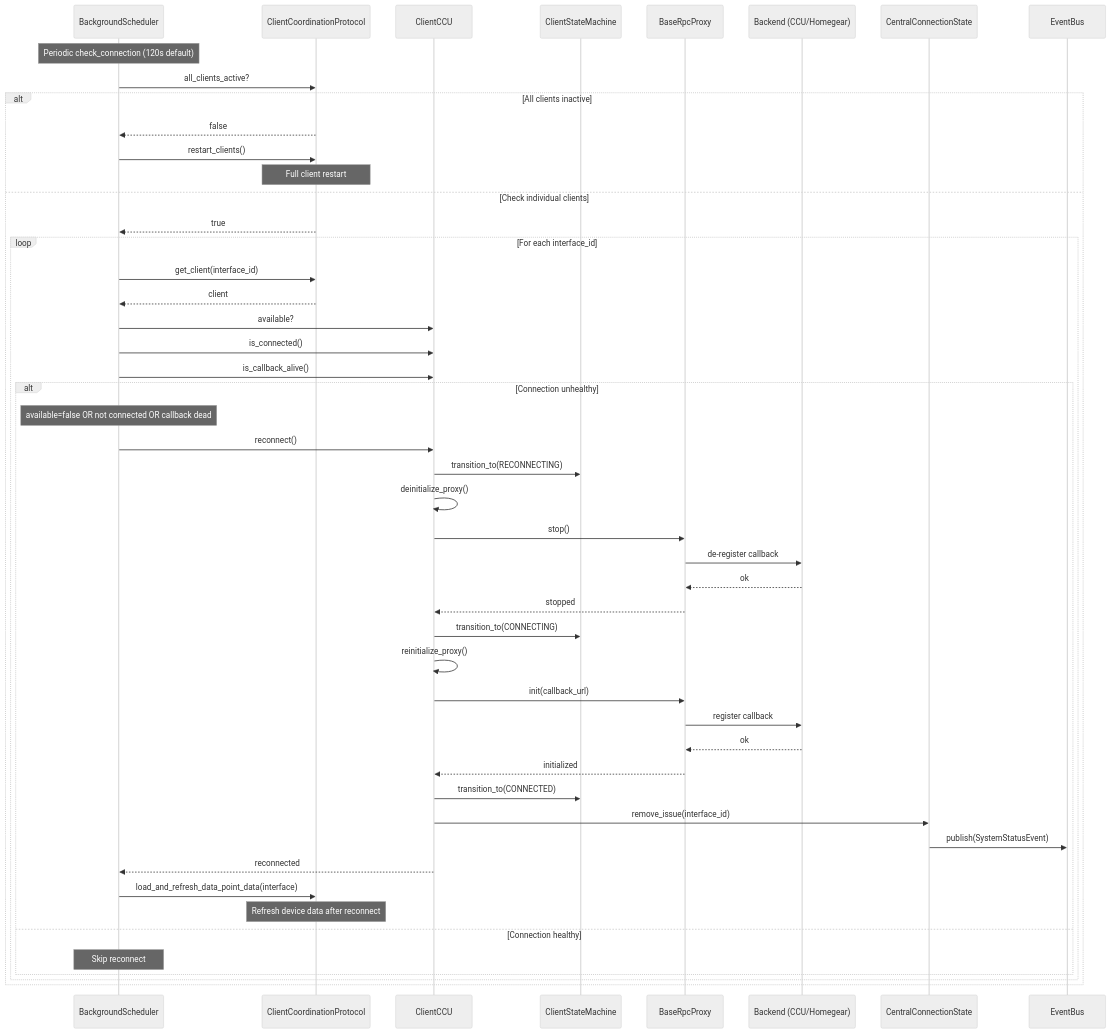
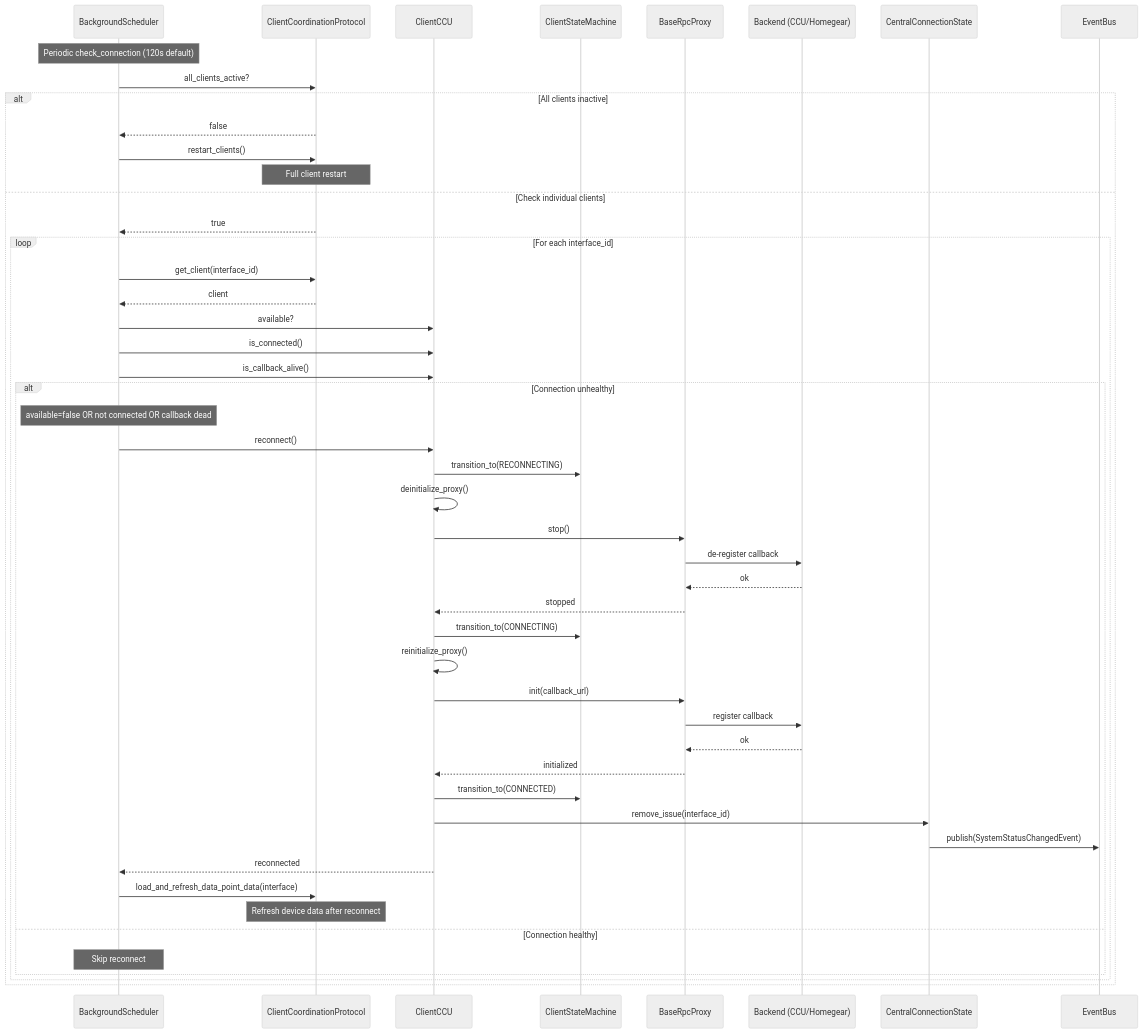
The eighth of 16 diagrams in docs/sequence_diagrams.md (SukramJ/aiohomematic), drawn with Mermaid (neutral theme) before and after one commit. The commit also changed other lines of this file and 42 other files, not shown here.

````diff
--- a/docs/sequence_diagrams.md
+++ b/docs/sequence_diagrams.md
@@ -549,63 +549,63 @@
 ```mermaid
 sequenceDiagram
   participant Sched as BackgroundScheduler
   participant CC as ClientCoordinationProtocol
   participant CX as ClientCCU
   participant SM as ClientStateMachine
   participant Proxy as BaseRpcProxy
   participant CCU as Backend (CCU/Homegear)
   participant CS as CentralConnectionState
   participant EB as EventBus
 
   Note over Sched: Periodic check_connection (120s default)
   Sched->>CC: all_clients_active?
 
   alt All clients inactive
     CC-->>Sched: false
     Sched->>CC: restart_clients()
     Note over CC: Full client restart
   else Check individual clients
     CC-->>Sched: true
 
     loop For each interface_id
       Sched->>CC: get_client(interface_id)
       CC-->>Sched: client
 
       Sched->>CX: available?
       Sched->>CX: is_connected()
       Sched->>CX: is_callback_alive()
 
       alt Connection unhealthy
         Note over Sched: available=false OR not connected OR callback dead
 
         Sched->>CX: reconnect()
         CX->>SM: transition_to(RECONNECTING)
 
         CX->>CX: deinitialize_proxy()
         CX->>Proxy: stop()
         Proxy->>CCU: de-register callback
         CCU-->>Proxy: ok
         Proxy-->>CX: stopped
 
         CX->>SM: transition_to(CONNECTING)
 
         CX->>CX: reinitialize_proxy()
         CX->>Proxy: init(callback_url)
         Proxy->>CCU: register callback
         CCU-->>Proxy: ok
         Proxy-->>CX: initialized
 
         CX->>SM: transition_to(CONNECTED)
         CX->>CS: remove_issue(interface_id)
-        CS->>EB: publish(SystemStatusEvent)
+        CS->>EB: publish(SystemStatusChangedEvent)
 
         CX-->>Sched: reconnected
 
         Sched->>CC: load_and_refresh_data_point_data(interface)
         Note over CC: Refresh device data after reconnect
       else Connection healthy
         Note over Sched: Skip reconnect
       end
     end
   end
 ```
````
